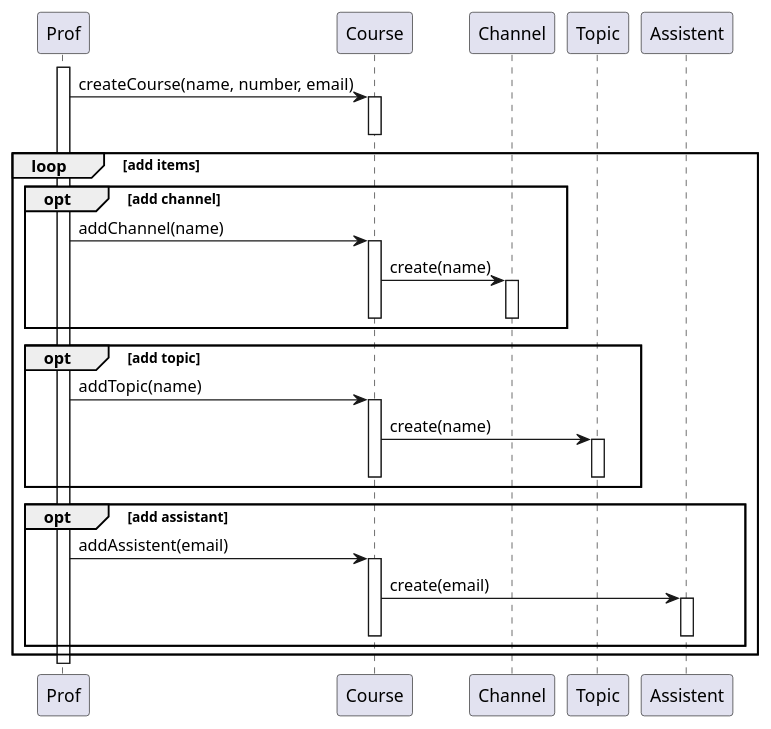
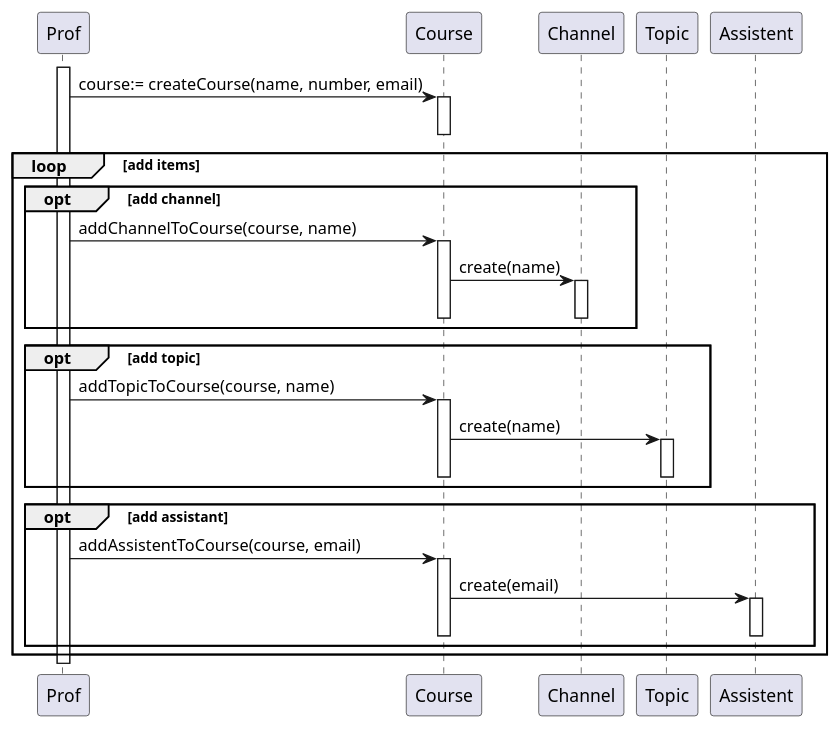
One commit to Singh-Kiran-P/StuNet changed the diagram in Diagrams/Sequence_Diagrams/create_course.puml. Above: the diagram before and after it, drawn with PlantUML.

Commit message:
chore: Add course variable to SD/create_course

```diff
--- a/Diagrams/Sequence_Diagrams/create_course.puml
+++ b/Diagrams/Sequence_Diagrams/create_course.puml
@@ -3,42 +3,42 @@
 @startuml create course sequention diagram
 participant Prof
 
 activate Prof
-    Prof -> Course: createCourse(name, number, email)
+    Prof -> Course: course:= createCourse(name, number, email)
     activate Course
     deactivate Course
 
     loop add items
         opt add channel
             'channel op hoogte van pijl normaal gezien
-            Prof -> Course: addChannel(name)
+            Prof -> Course: addChannelToCourse(course, name)
             activate Course
                 Course -> Channel: create(name)
                 activate Channel
                     '
                 deactivate Channel
             deactivate Course
         end
 
         opt add topic
             ' activate Course
-            Prof -> Course: addTopic(name)
+            Prof -> Course: addTopicToCourse(course, name)
             activate Course
                 Course -> Topic: create(name)
                 activate Topic
                 deactivate Topic
             deactivate Course
         end
 
         opt add assistant
-            Prof -> Course: addAssistent(email)
+            Prof -> Course: addAssistentToCourse(course, email)
             activate Course
                 Course -> Assistent: create(email)
                 activate Assistent
                 deactivate Assistent
             deactivate Course
         end
     end
 deactivate Prof
 
 @enduml
```
